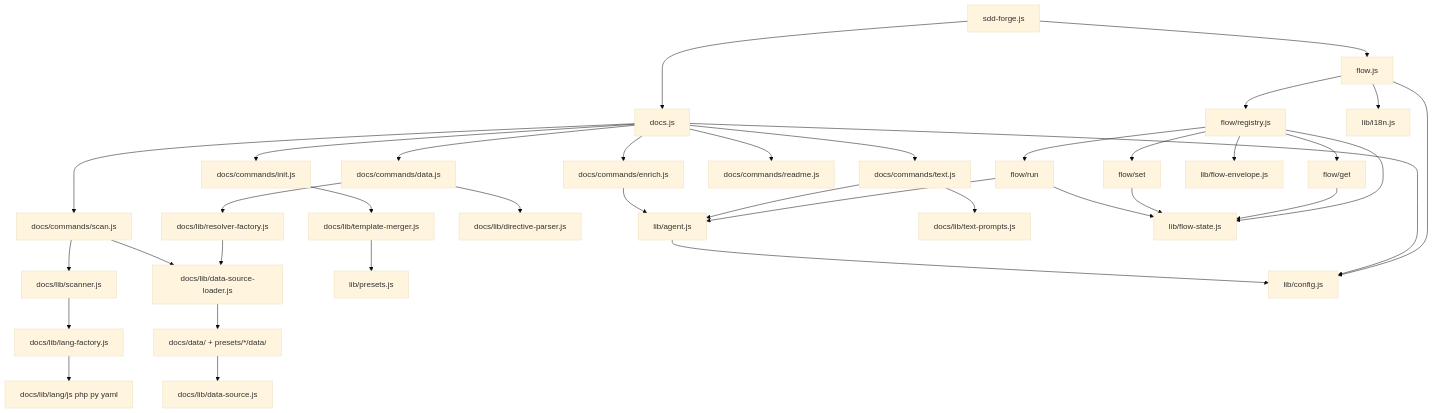
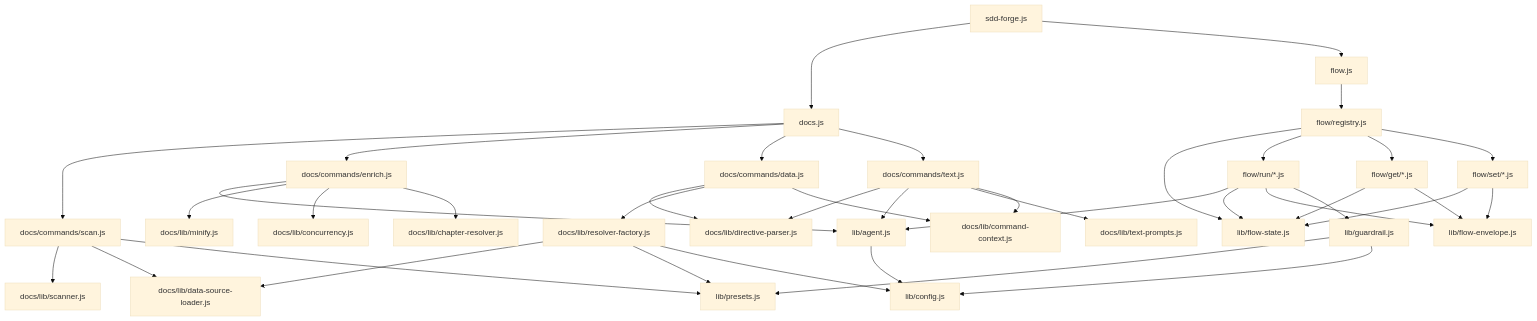
Before and after one commit to SpreadWorks/sdd-forge: the diagram in docs/internal_design.md, drawn with Mermaid (base theme). The commit also changed other lines of this file and 6 other files, not shown here.

````diff
--- a/docs/internal_design.md
+++ b/docs/internal_design.md
@@ -124,45 +107,52 @@
 ```mermaid
 graph TD
     CLI[sdd-forge.js] --> DOCS[docs.js]
     CLI --> FLOW[flow.js]
 
     DOCS --> SCAN[docs/commands/scan.js]
     DOCS --> ENRICH[docs/commands/enrich.js]
-    DOCS --> INIT[docs/commands/init.js]
     DOCS --> DATA[docs/commands/data.js]
     DOCS --> TEXT[docs/commands/text.js]
-    DOCS --> README[docs/commands/readme.js]
-
-    FLOW --> REG[flow/registry.js]
-    REG --> GET[flow/get]
-    REG --> SET[flow/set]
-    REG --> RUN[flow/run]
 
     SCAN --> SCANNER[docs/lib/scanner.js]
     SCAN --> DSL[docs/lib/data-source-loader.js]
+    SCAN --> PRESETS[lib/presets.js]
+
     ENRICH --> AGENT[lib/agent.js]
-    INIT --> TMPL[docs/lib/template-merger.js]
-    DATA --> DP[docs/lib/directive-parser.js]
-    DATA --> RF[docs/lib/resolver-factory.js]
-    TEXT --> TP[docs/lib/text-prompts.js]
+    ENRICH --> MINIFY[docs/lib/minify.js]
+    ENRICH --> CONCURRENCY[docs/lib/concurrency.js]
+    ENRICH --> CHAPRES[docs/lib/chapter-resolver.js]
+
+    DATA --> DIRPARSER[docs/lib/directive-parser.js]
+    DATA --> RESOLVER[docs/lib/resolver-factory.js]
+    DATA --> CMDCTX[docs/lib/command-context.js]
+
+    TEXT --> DIRPARSER
     TEXT --> AGENT
+    TEXT --> TEXTPROMPTS[docs/lib/text-prompts.js]
+    TEXT --> CMDCTX
 
-    RF --> DSL
-    DSL --> DS[docs/data/ + presets/*/data/]
-    DS --> DSB[docs/lib/data-source.js]
-    SCANNER --> LF[docs/lib/lang-factory.js]
-    LF --> LANG[docs/lib/lang/js php py yaml]
-    TMPL --> PRESETS[lib/presets.js]
+    RESOLVER --> DSL
+    RESOLVER --> PRESETS
+    RESOLVER --> CONFIG[lib/config.js]
 
-    RUN --> AGENT
-    RUN --> FS[lib/flow-state.js]
-    SET --> FS
-    GET --> FS
-    REG --> FS
-    REG --> ENV[lib/flow-envelope.js]
+    FLOW --> REGISTRY[flow/registry.js]
+    REGISTRY --> FLOWSTATE[lib/flow-state.js]
+    REGISTRY --> FLOWRUN[flow/run/*.js]
+    REGISTRY --> FLOWGET[flow/get/*.js]
+    REGISTRY --> FLOWSET[flow/set/*.js]
 
-    AGENT --> CFG[lib/config.js]
-    DOCS --> CFG
-    FLOW --> CFG
-    FLOW --> I18N[lib/i18n.js]
+    FLOWRUN --> AGENT
+    FLOWRUN --> FLOWSTATE
+    FLOWRUN --> ENVELOPE[lib/flow-envelope.js]
+    FLOWRUN --> GUARDRAIL[lib/guardrail.js]
+
+    FLOWGET --> FLOWSTATE
+    FLOWGET --> ENVELOPE
+    FLOWSET --> FLOWSTATE
+    FLOWSET --> ENVELOPE
+
+    GUARDRAIL --> PRESETS
+    GUARDRAIL --> CONFIG
+    AGENT --> CONFIG
 ```
````
